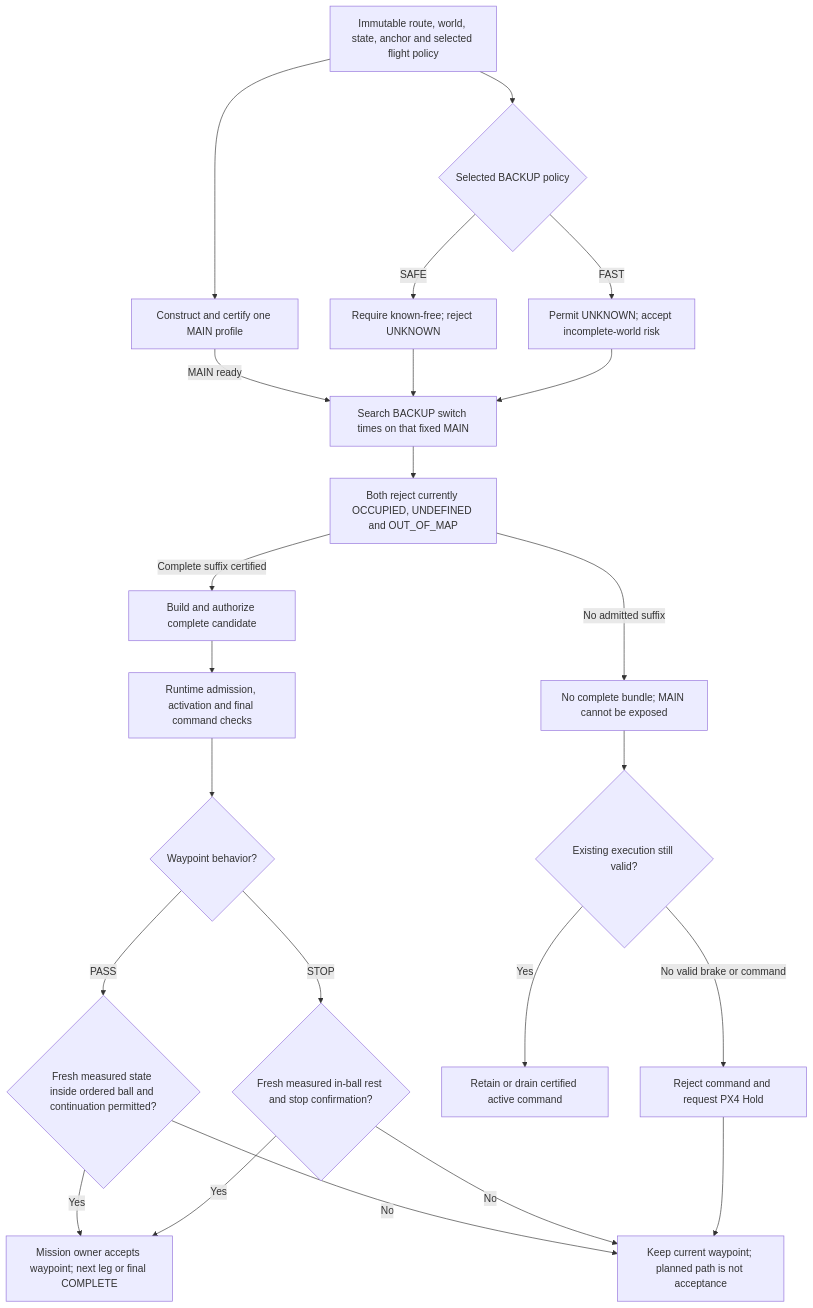
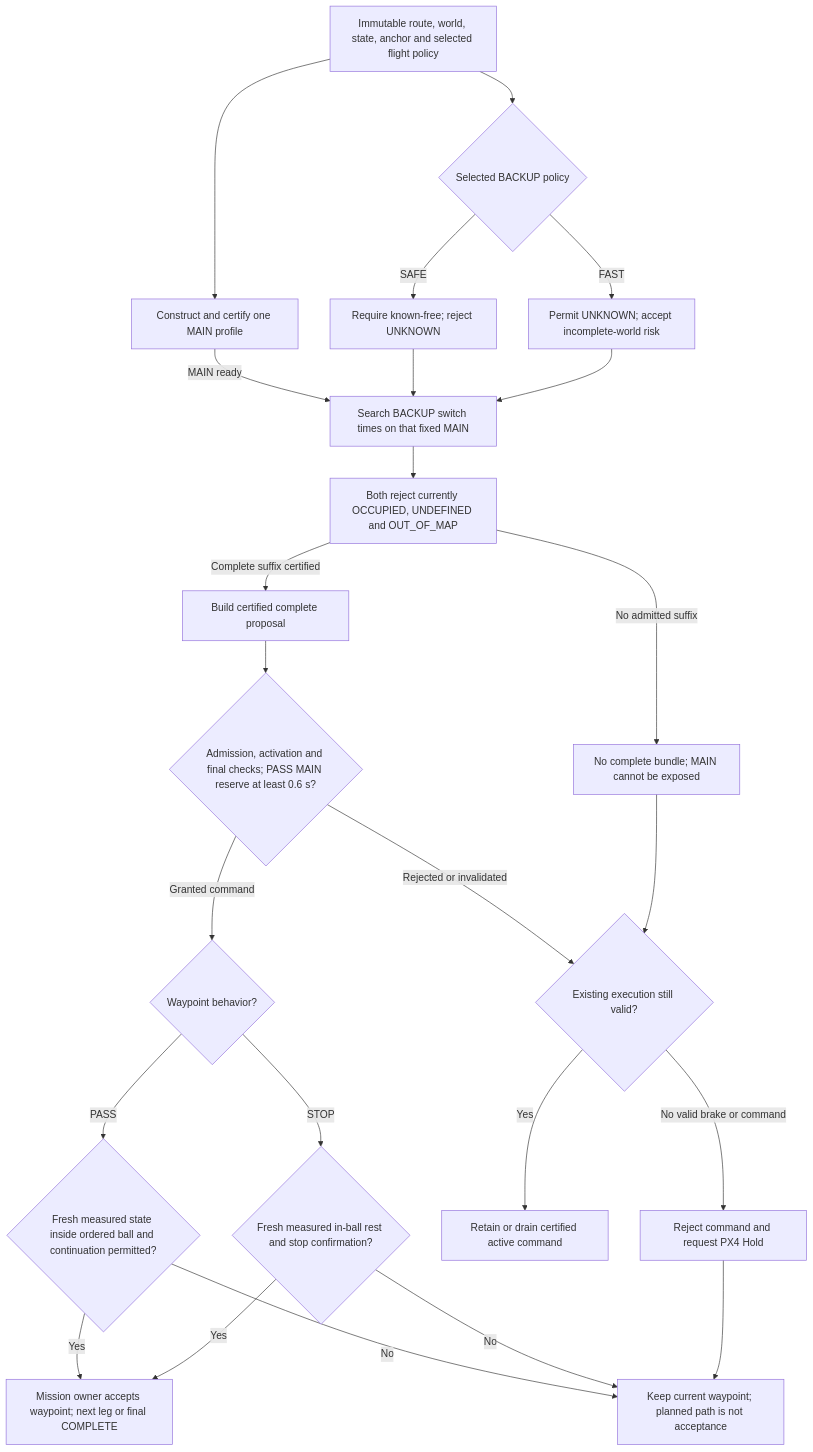
One commit to TanDatEmb/uav-navigation changed the fifth of 5 diagrams in docs/reports/feasible_checkpoint_5mps_diagnostic_2026-09-17.md. Above: the diagram before and after it, drawn with Mermaid. The commit also changed other lines of this file, not shown here.

Commit message:
docs(runtime): close separate FAST policy matrix and admission seams

````diff
--- a/docs/reports/feasible_checkpoint_5mps_diagnostic_2026-09-17.md
+++ b/docs/reports/feasible_checkpoint_5mps_diagnostic_2026-09-17.md
@@ -1877,25 +1881,26 @@
 ```mermaid
 flowchart TD
     R[Immutable route, world, state, anchor and selected flight policy] --> M[Construct and certify one MAIN profile]
     R --> Q
     M -->|MAIN ready| B[Search BACKUP switch times on that fixed MAIN]
     Q{Selected BACKUP policy} -->|SAFE| SF[Require known-free; reject UNKNOWN]
     Q -->|FAST| FF[Permit UNKNOWN; accept incomplete-world risk]
     SF --> B
     FF --> B
     B --> X[Both reject currently OCCUPIED, UNDEFINED and OUT_OF_MAP]
-    X -->|Complete suffix certified| C[Build and authorize complete candidate]
+    X -->|Complete suffix certified| C[Build certified complete proposal]
     X -->|No admitted suffix| F[No complete bundle; MAIN cannot be exposed]
-    C --> A[Runtime admission, activation and final command checks]
-    A --> P{Waypoint behavior?}
+    C --> A{Admission, activation and final checks; PASS MAIN reserve at least 0.6 s?}
+    A -->|Granted command| P{Waypoint behavior?}
+    A -->|Rejected or invalidated| V
     P -->|PASS| W{Fresh measured state inside ordered ball and continuation permitted?}
     P -->|STOP| S{Fresh measured in-ball rest and stop confirmation?}
     W -->|Yes| N[Mission owner accepts waypoint; next leg or final COMPLETE]
     W -->|No| K[Keep current waypoint; planned path is not acceptance]
     S -->|Yes| N
     S -->|No| K
     F --> V{Existing execution still valid?}
     V -->|Yes| D[Retain or drain certified active command]
     V -->|No valid brake or command| H[Reject command and request PX4 Hold]
     H --> K
 ```
````
